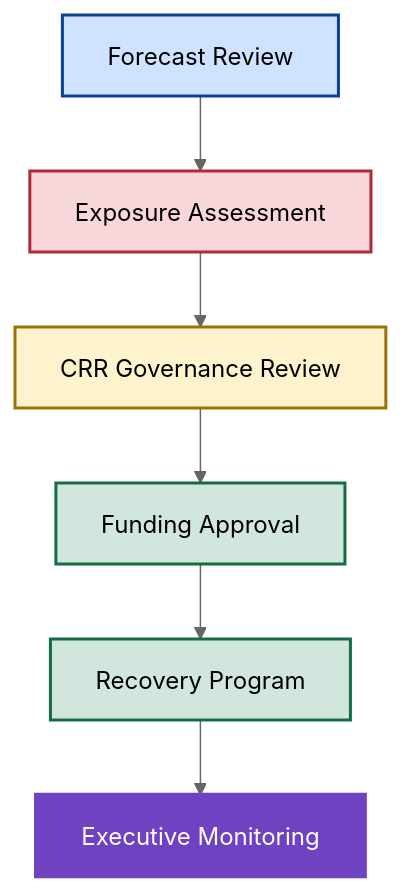
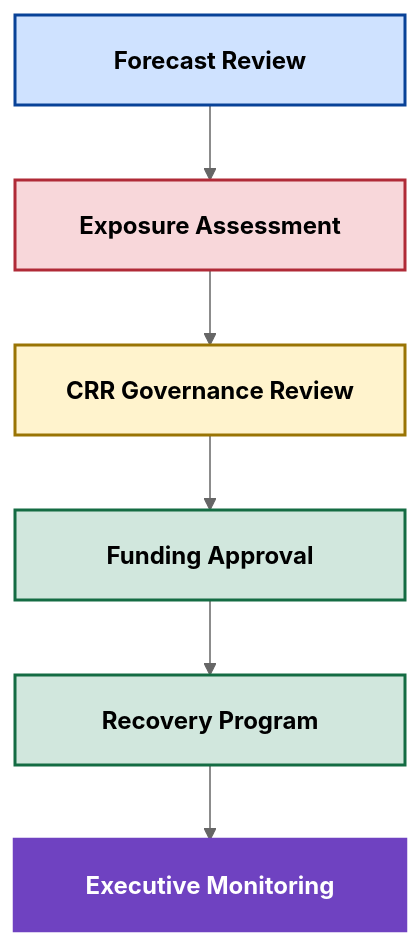
The fourth of 4 diagrams in 08_CRR_Optimization/central-risk-reserve.md (AwesomeAnil/newbridge-saas-operating-system), drawn with Mermaid (neutral theme) before and after one commit. The commit also changed other lines of this file, not shown here.

````diff
--- a/08_CRR_Optimization/central-risk-reserve.md
+++ b/08_CRR_Optimization/central-risk-reserve.md
@@ -286,27 +295,27 @@
 ```mermaid
 flowchart TD
 
-A["Forecast Review"]
+A["<table width='200'><tr><td style='white-space: normal; word-wrap: break-word;'><b>Forecast Review</b></td></tr></table>"]
 
---> B["Exposure Assessment"]
+--> B["<table width='200'><tr><td style='white-space: normal; word-wrap: break-word;'><b>Exposure Assessment</b></td></tr></table>"]
 
---> C["CRR Governance Review"]
+--> C["<table width='200'><tr><td style='white-space: normal; word-wrap: break-word;'><b>CRR Governance Review</b></td></tr></table>"]
 
---> D["Funding Approval"]
+--> D["<table width='200'><tr><td style='white-space: normal; word-wrap: break-word;'><b>Funding Approval</b></td></tr></table>"]
 
---> E["Recovery Program"]
+--> E["<table width='200'><tr><td style='white-space: normal; word-wrap: break-word;'><b>Recovery Program</b></td></tr></table>"]
 
---> F["Executive Monitoring"]
+--> F["<table width='200'><tr><td style='white-space: normal; word-wrap: break-word;'><b>Executive Monitoring</b></td></tr></table>"]
 
 style A fill:#cfe2ff,stroke:#084298,stroke-width:2px
 
 style B fill:#f8d7da,stroke:#b02a37,stroke-width:2px
 
 style C fill:#fff3cd,stroke:#997404,stroke-width:2px
 
 style D fill:#d1e7dd,stroke:#146c43,stroke-width:2px
 
 style E fill:#d1e7dd,stroke:#146c43,stroke-width:2px
 
 style F fill:#6f42c1,color:#ffffff,stroke:#6f42c1,stroke-width:3px
 ```
````
